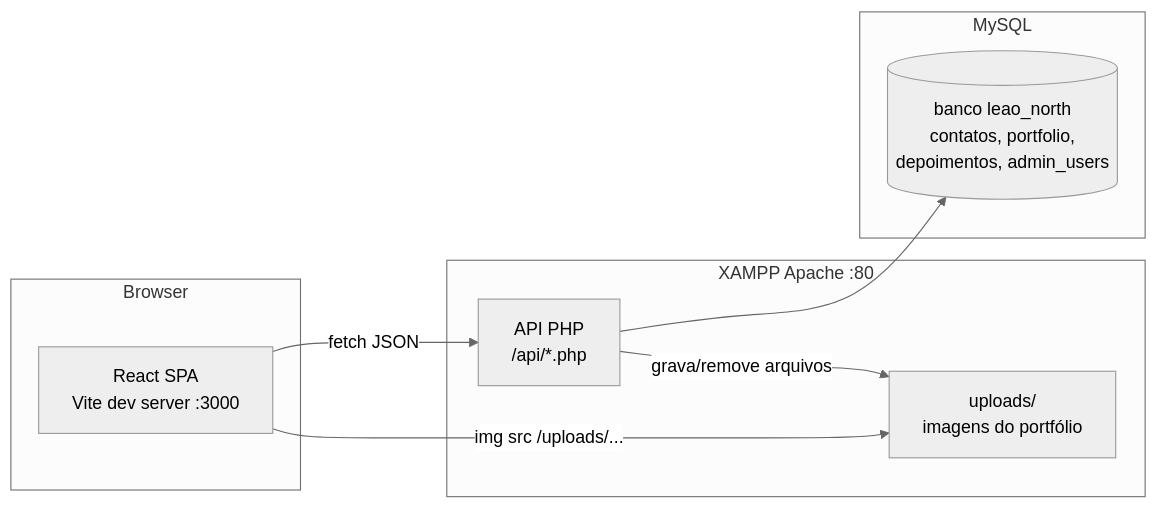
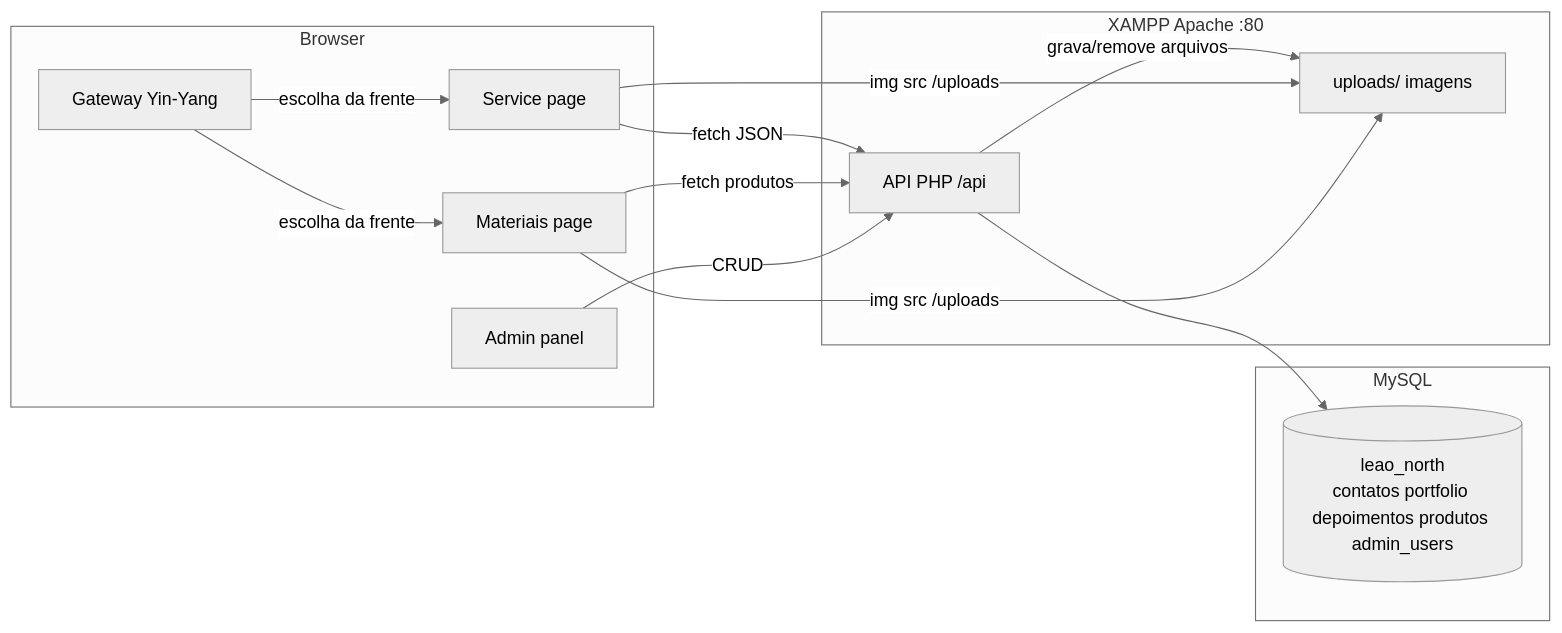
Before and after one commit to estagio-leao/site-leao: the diagram in CONTEXT.md, drawn with Mermaid (neutral theme). The commit also changed other lines of this file, not shown here.

````diff
--- a/CONTEXT.md
+++ b/CONTEXT.md
@@ -49,20 +52,28 @@
 ```mermaid
 flowchart LR
     subgraph Browser
-        A[React SPA<br/>Vite dev server :3000]
+        A[Gateway Yin-Yang]
+        B[Service page]
+        C[Materiais page]
+        D[Admin panel]
     end
 
     subgraph XAMPP Apache :80
-        B[API PHP<br/>/api/*.php]
-        C[uploads/<br/>imagens do portfólio]
+        E[API PHP /api]
+        F[uploads/ imagens]
     end
 
     subgraph MySQL
-        D[(banco leao_north<br/>contatos, portfolio,<br/>depoimentos, admin_users)]
+        G[(leao_north<br/>contatos portfolio depoimentos produtos admin_users)]
     end
 
-    A -->|fetch JSON| B
-    B --> D
-    B -->|grava/remove arquivos| C
-    A -->|img src /uploads/...| C
+    A -->|escolha da frente| B
+    A -->|escolha da frente| C
+    B -->|fetch JSON| E
+    C -->|fetch produtos| E
+    D -->|CRUD| E
+    E --> G
+    E -->|grava/remove arquivos| F
+    B -->|img src /uploads| F
+    C -->|img src /uploads| F
 ```
````
